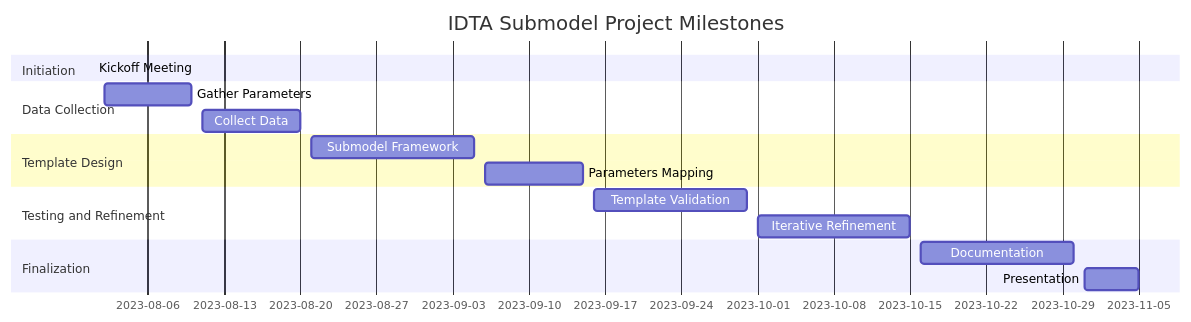
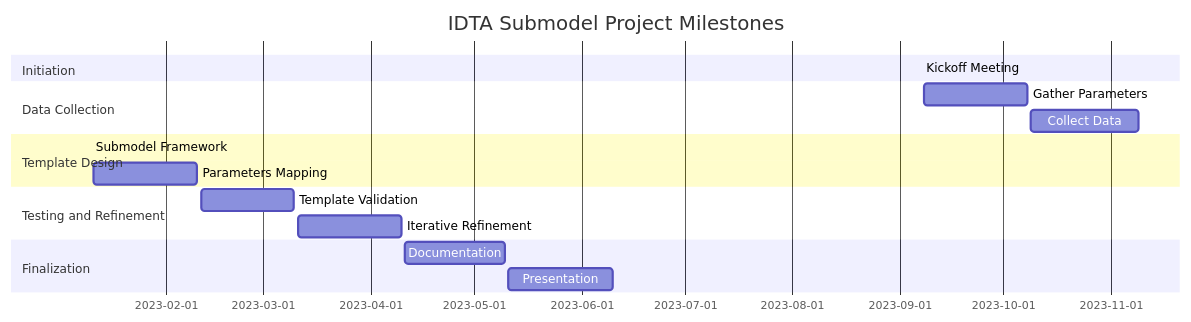
Before and after one commit to skidzo/IDTA_submodel_metal_additive_manufacturing: the first of 3 diagrams in README.md, drawn with Mermaid.

````diff
--- a/README.md
+++ b/README.md
@@ -49,19 +49,20 @@
 ```mermaid
 gantt
     dateFormat  YYYY-MM-DD
     title IDTA Submodel Project Milestones
     section Initiation
-    Kickoff Meeting     :done, 2023-08-01, 2023-08-01
+    Kickoff Meeting     :done, 2023-09-07, 2023-09-07
     section Data Collection
-    Gather Parameters   : 2023-08-02, 2023-08-10
-    Collect Data       : 2023-08-11, 2023-08-20
+    Gather Parameters   : 2023-09-08, 2023-10-08
+    Collect Data       : 2023-10-09, 2023-11-09
     section Template Design
-    Submodel Framework  : 2023-08-21, 2023-09-05
-    Parameters Mapping : 2023-09-06, 2023-09-15
+    Submodel Framework  : 2023-11-10, 2023-01-10
+    Parameters Mapping : 2023-01-11, 2023-02-10
     section Testing and Refinement
-    Template Validation: 2023-09-16, 2023-09-30
-    Iterative Refinement: 2023-10-01, 2023-10-15
+    Template Validation: 2023-02-11, 2023-03-10
+    Iterative Refinement: 2023-03-11, 2023-04-10
     section Finalization
-    Documentation       : 2023-10-16, 2023-10-30
-    Presentation        : 2023-10-31, 2023-11-05
+    Documentation       : 2023-04-11, 2023-05-10
+    Presentation        : 2023-05-11, 2023-06-10
+
 ```
````
